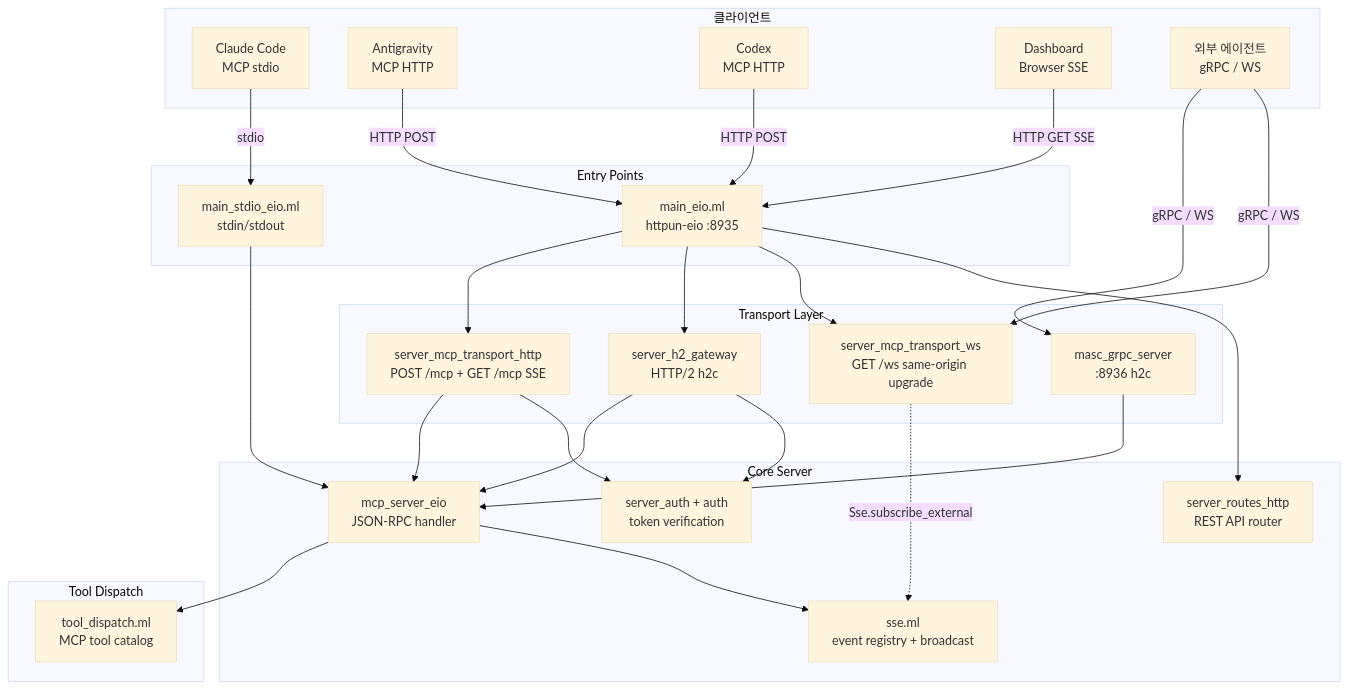
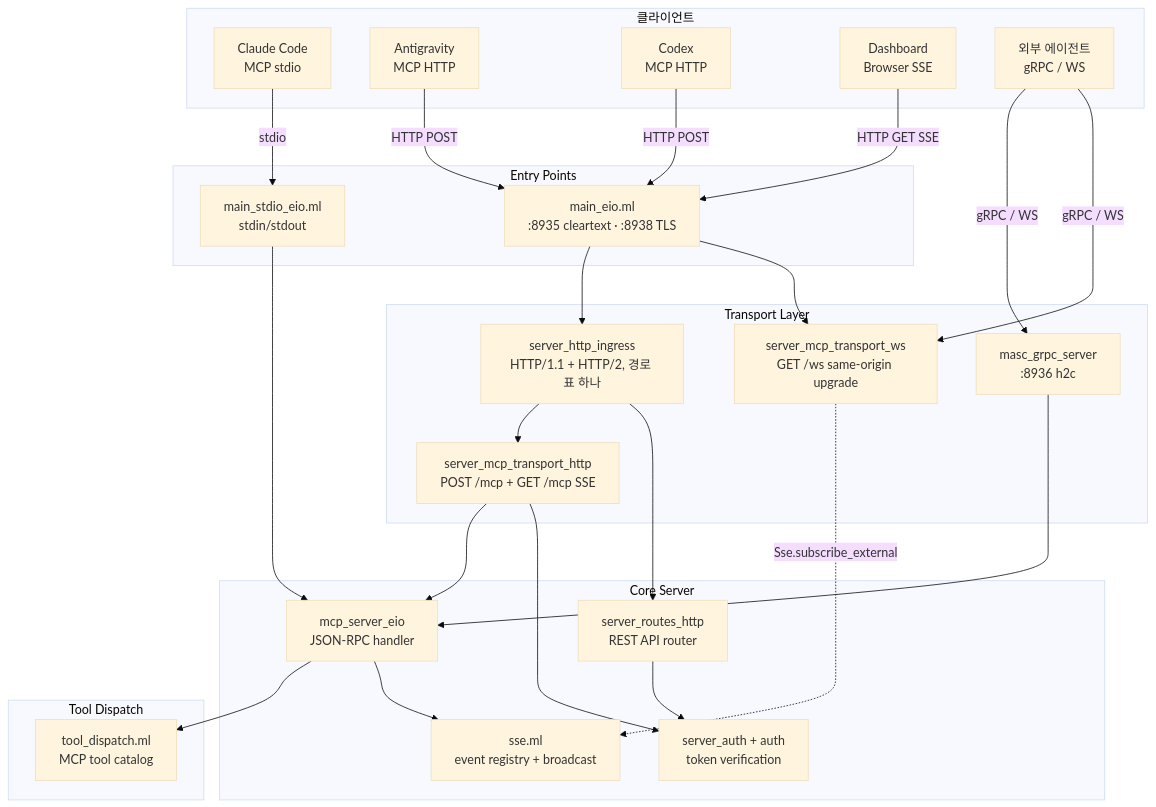
Before and after one commit to jeong-sik/masc: the first of 3 diagrams in docs/spec/09-server-transport.md, drawn with Mermaid (base theme). The commit also changed other lines of this file and 3 other files, not shown here.

````diff
--- a/docs/spec/09-server-transport.md
+++ b/docs/spec/09-server-transport.md
@@ -34,51 +34,51 @@
 ```mermaid
 graph TB
     subgraph Clients["클라이언트"]
         CC[Claude Code<br/>MCP stdio]
         GC[Antigravity<br/>MCP HTTP]
         CX[Codex<br/>MCP HTTP]
         DB[Dashboard<br/>Browser SSE]
         EXT[외부 에이전트<br/>gRPC / WS]
     end
 
     subgraph EntryPoints["Entry Points"]
         STDIO[main_stdio_eio.ml<br/>stdin/stdout]
-        HTTP[main_eio.ml<br/>httpun-eio :8935]
+        HTTP[main_eio.ml<br/>:8935 cleartext · :8938 TLS]
     end
 
     subgraph TransportLayer["Transport Layer"]
+        INGRESS[server_http_ingress<br/>HTTP/1.1 + HTTP/2, 경로 표 하나]
         MCP_HTTP[server_mcp_transport_http<br/>POST /mcp + GET /mcp SSE]
-        H2_GW[server_h2_gateway<br/>HTTP/2 h2c]
         WS_T[server_mcp_transport_ws<br/>GET /ws same-origin upgrade]
         GRPC_S[masc_grpc_server<br/>:8936 h2c]
     end
 
     subgraph CoreServer["Core Server"]
         MCP_EIO[mcp_server_eio<br/>JSON-RPC handler]
         SSE_MOD[sse.ml<br/>event registry + broadcast]
         AUTH[server_auth + auth<br/>token verification]
         ROUTES[server_routes_http<br/>REST API router]
     end
 
     subgraph Dispatch["Tool Dispatch"]
         TD[tool_dispatch.ml<br/>MCP tool catalog]
     end
 
     CC -->|stdio| STDIO
     GC -->|HTTP POST| HTTP
     CX -->|HTTP POST| HTTP
     DB -->|HTTP GET SSE| HTTP
     EXT -->|gRPC / WS| GRPC_S & WS_T
 
     STDIO --> MCP_EIO
-    HTTP --> MCP_HTTP & H2_GW & WS_T & ROUTES
+    HTTP --> INGRESS & WS_T
+    INGRESS --> MCP_HTTP & ROUTES
     MCP_HTTP --> MCP_EIO
-    H2_GW --> MCP_EIO
     WS_T -.->|Sse.subscribe_external| SSE_MOD
     GRPC_S --> MCP_EIO
 
     MCP_EIO --> TD
     MCP_EIO --> SSE_MOD
     MCP_HTTP --> AUTH
-    H2_GW --> AUTH
+    ROUTES --> AUTH
 ```
````
